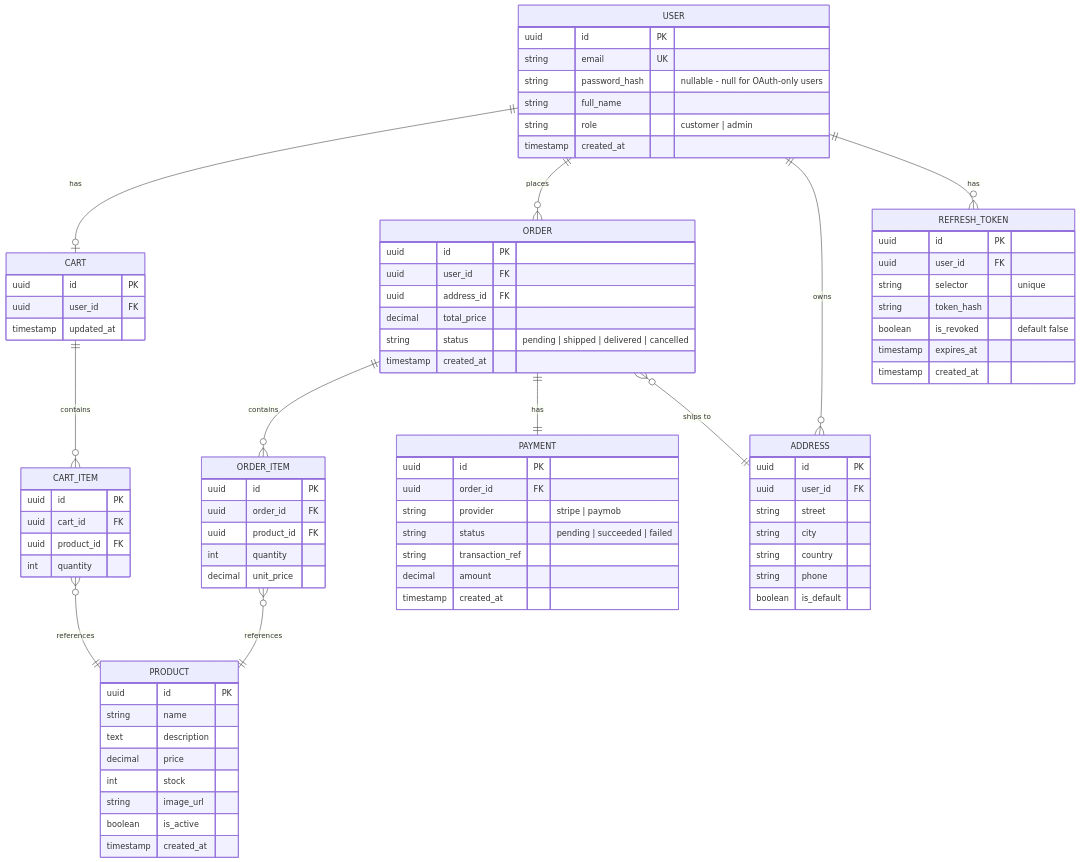
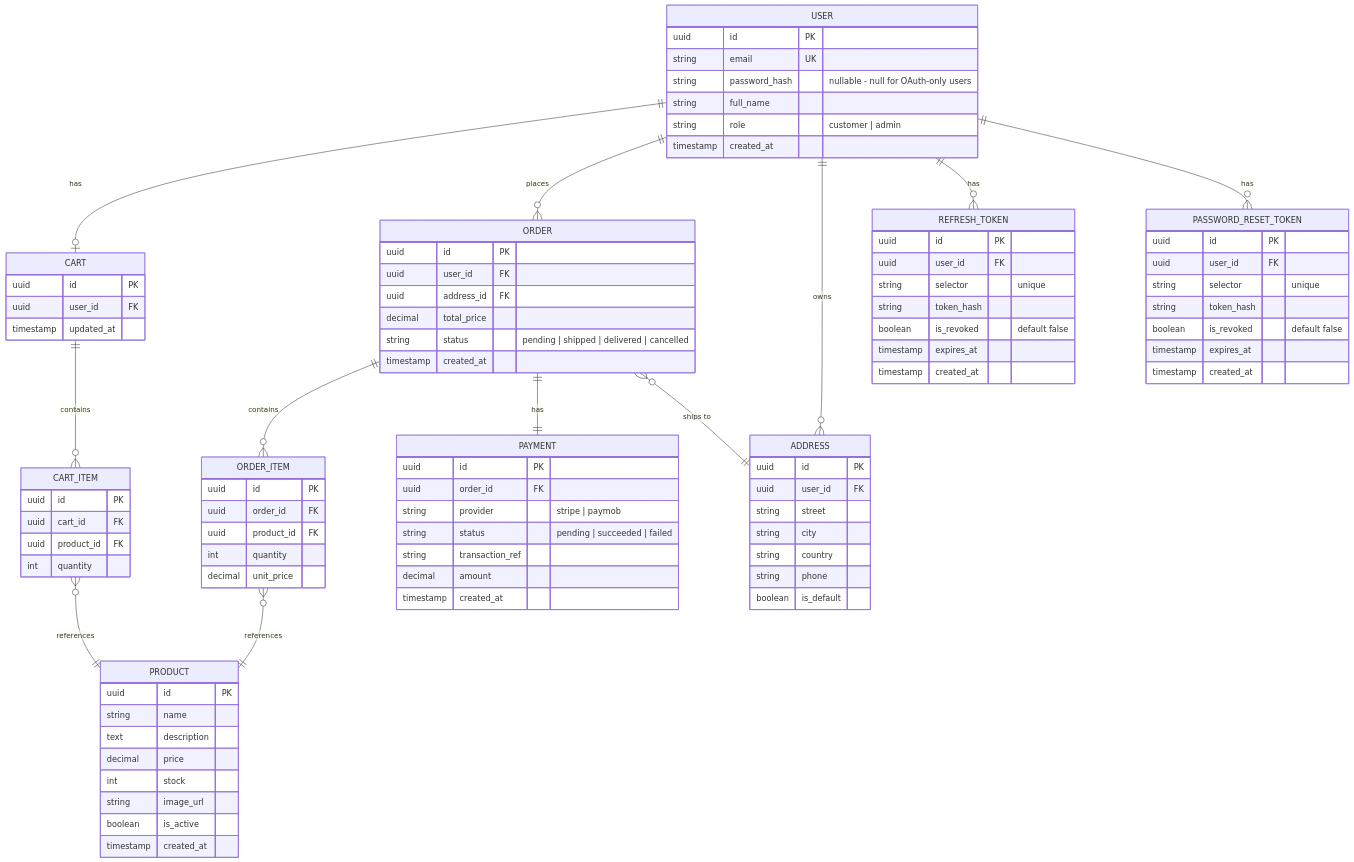
One commit to OsamaElshaer/ecommerce-store changed the diagram in docs/backend/ERD.md. Above: the diagram before and after it, drawn with Mermaid. The commit also changed 13 other files, not shown here.

````diff
--- a/docs/backend/ERD.md
+++ b/docs/backend/ERD.md
@@ -14,6 +14,7 @@
     USER ||--o{ ORDER : places
     USER ||--o{ ADDRESS : owns
     USER ||--o{ REFRESH_TOKEN : has
+    USER ||--o{ PASSWORD_RESET_TOKEN : has
     CART ||--o{ CART_ITEM : contains
     CART_ITEM }o--|| PRODUCT : references
     ORDER ||--o{ ORDER_ITEM : contains
@@ -99,4 +100,13 @@
         timestamp expires_at
         timestamp created_at
     }
+    PASSWORD_RESET_TOKEN {
+    uuid id PK
+    uuid user_id FK
+    string selector "unique"
+    string token_hash
+    boolean is_revoked "default false"
+    timestamp expires_at
+    timestamp created_at
+}
 ```
````
